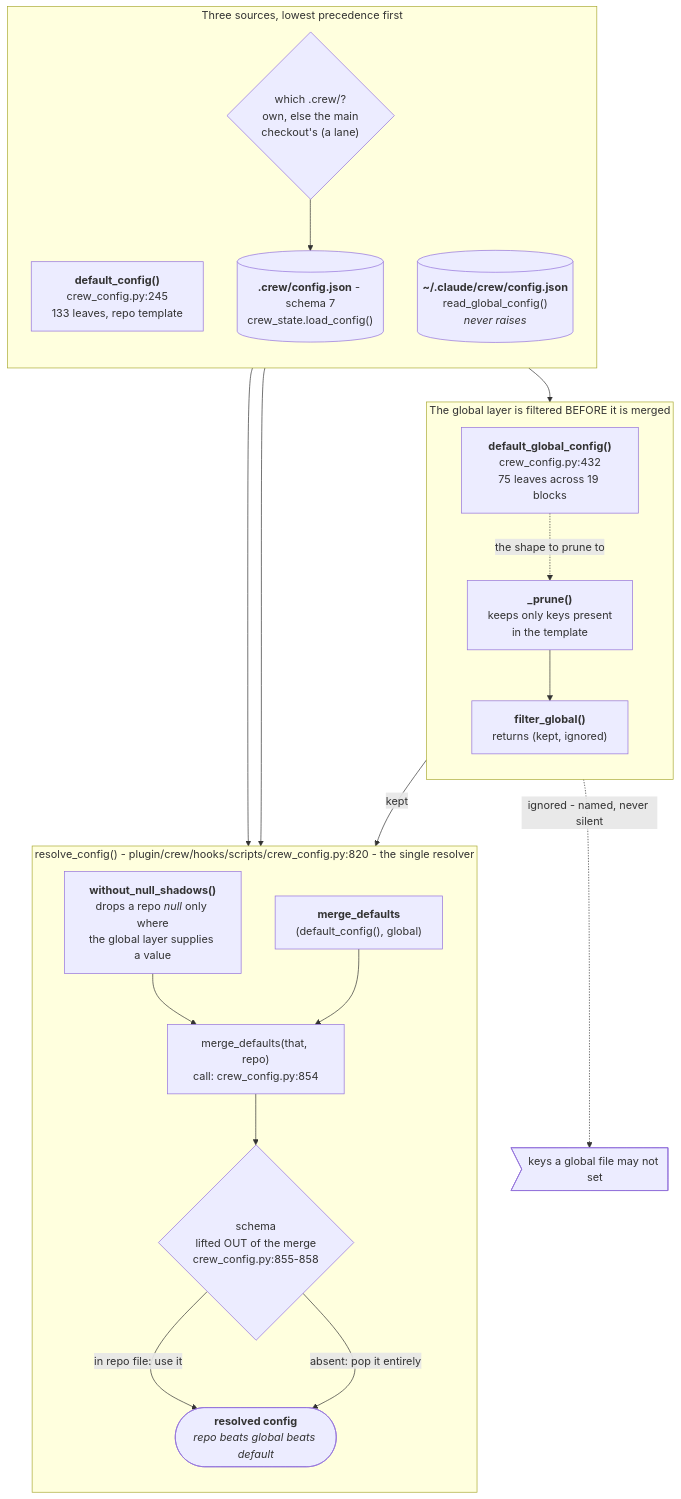
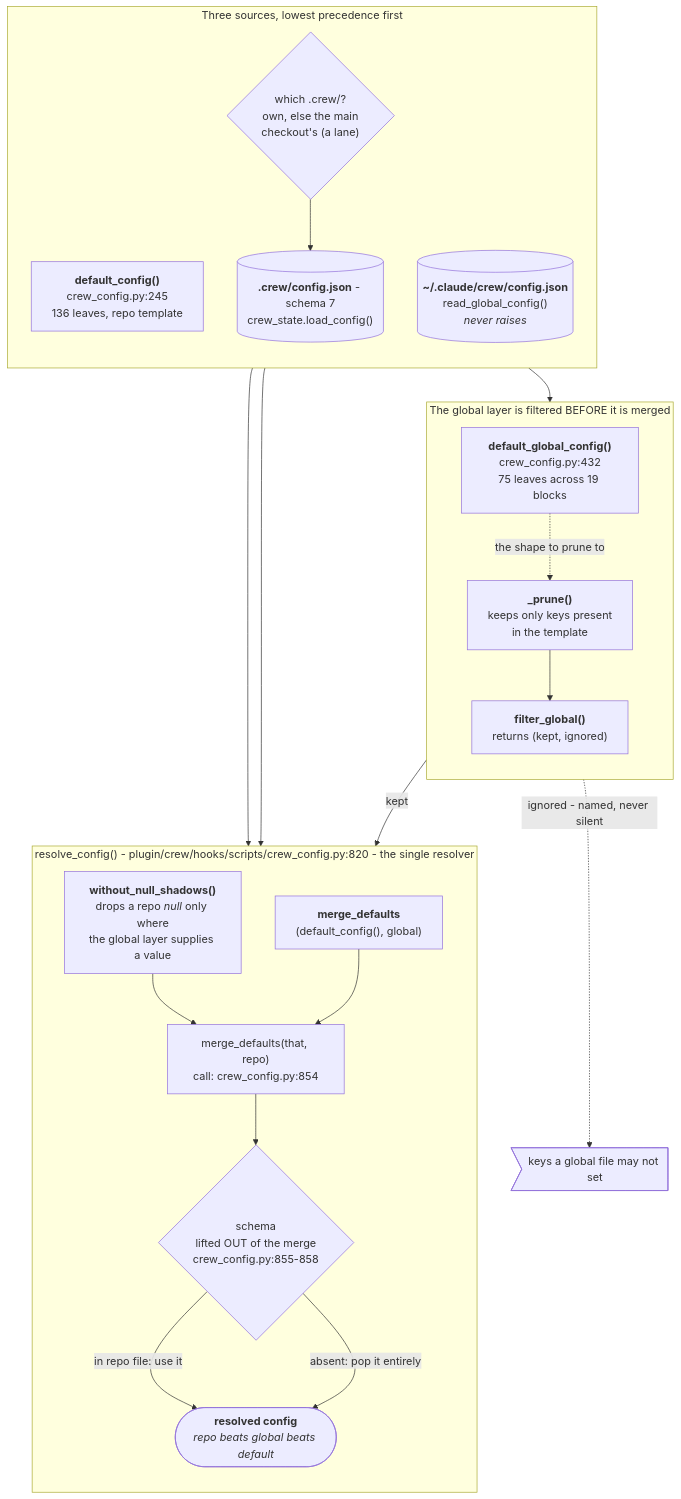
One commit to mbadali25/useful-claude-add-ons changed the diagram in docs/diagrams/data-flow-crew-config-read.mmd. Above: the diagram before and after it, drawn with Mermaid. The commit also changed 4 other files, not shown here.

First line of the commit message:
T-0053: the config-read diagram and the code map say 136 leaves

```diff
--- a/docs/diagrams/data-flow-crew-config-read.mmd
+++ b/docs/diagrams/data-flow-crew-config-read.mmd
@@ -1,81 +1,81 @@
 %% Generated from useful-claude-add-ons@452b30cc on 2026-10-02. Verify before trusting.
 %% Anchors: plugin/crew/hooks/scripts/crew_config.py, plugin/crew/hooks/scripts/crew_state.py, plugin/crew/hooks/scripts/crew_guards.py
 %% Purpose: The read side: the three config sources (built-in defaults, the machine file, the repo file), how the machine layer is pruned to its template before merging, and how resolve_config() merges them.
 %% Split from data-flow-crew-config.mmd (the overview); edges to other parts are drawn there.
 %% Re-drawn for T-0066 (crew 1.0.328, merging origin/main edb2b8ff, then 155fe6d8 and e9364a70, which left crew_config.py and crew_state.py unchanged): crew_config.py gains a `git` block (forbiddenTrailers,
 %%    default []) in both default functions. Counts re-executed: 133 / 75 / 58 (T-0013's two resume keys on main
 %%    made it 132 / 74 / 58), 19 global blocks. DEF and TMPL updated. Every crew_config.py and crew_state.py line
 %%    cite re-pointed with grep -n on the merged tree (main's RESUME_DEFAULTS comment moved crew_state below :728
 %%    by 5; crew_guards and crew_upgrade cites unchanged).
 %% Re-drawn for T-0096 on 2026-10-04: the repo file's directory (REPO, RES), read at T-0096-build.
-%% Note DEF: default_config() plugin/crew/hooks/scripts/crew_config.py:245 <b>133 leaves</b> (executed, this
+%% Note DEF: default_config() plugin/crew/hooks/scripts/crew_config.py:245 <b>136 leaves</b> (executed, this
 %%    pass) composed from crew_state's PM_DEFAULTS :1145, QA_DEFAULTS :1197, DEV_DEFAULTS :1207,
 %%    WORKTREE_DEFAULTS :1235, CONTEXT_DEFAULTS :770, RESUME_DEFAULTS :733, AUTOPILOT_DEFAULTS :1134 -
 %%    repo-only (re-exported from crew_guards: INSTALL_DEFAULTS :48, GUARD_DEFAULTS :198, PRODUCTION_DEFAULTS
 %%    :222, CLOUD_DEFAULTS :239 - repo-only, ENVIRONMENTS_DEFAULTS :251 - nonProd repo-only), and
 %%    crew_upgrade's GRAPH_BLOCK :48 / DOCS_BLOCK :107 / BITBUCKET_BLOCK :150 / GITHUB_BLOCK :173 /
 %%    CHANGE_BLOCK :203
 %% Note GLB: ~/.claude/crew/config.json read_global_config() plugin/crew/hooks/scripts/crew_config.py:767
 %%    <i>never raises</i> - absent, malformed or non-object all return {}, because this is reached from a
 %%    SessionStart hook
 %% Note REPO: .crew/config.json - schema 7 crew_state.load_config()
 %%    plugin/crew/hooks/scripts/crew_state.py:267 NOT the same file crew_context.py reads first - see the
 %%    TwoFiles section below
 %% Note RES: which .crew/ the repo file is read from. Python: crew_common.repo_config_dir
 %%    plugin/crew/hooks/scripts/crew_common.py:96 (T-0088). bash: crew_repo_config_dir
 %%    plugin/crew/hooks/scripts/_common.sh:328; PowerShell: Get-CrewRepoConfigDir, one body copied into
 %%    cloud-guard.ps1:192, promote-gate.ps1:142, auto-clear.ps1:126 (T-0096). Own config.json or crew.json
 %%    wins whole; else a linked worktree reads the main checkout's; unknown (git cannot tell) inherits
 %%    nothing. Still own-file only: the session hooks, the verify gate, the scope and completion wrappers.
 %% Note TMPL: default_global_config() plugin/crew/hooks/scripts/crew_config.py:432 <b>75 leaves</b> (executed,
 %%    this pass) across <b>19 blocks</b>: qa, dev, worktree, secondOpinion, memory (2 of 5 repo leaves),
 %%    notify, pm, context.autoClear (8 of 9 - unsafeFocus is excluded, see AutoClear below), resume, docs,
 %%    bitbucket, github, install, guards (all TEN names), environments (prodUnattended only), change, git, route,
 %%    shellRoute - the single definition both rules below are enforced against
 %% Note PRUNE: _prune() plugin/crew/hooks/scripts/crew_config.py:699 keeps only keys present in the template.
 %%    Descends structurally, so naming a block grants only the leaves under it.
 %% Note FILT: filter_global() plugin/crew/hooks/scripts/crew_config.py:725 returns (kept, ignored)
 %% Note NULLS: without_null_shadows() plugin/crew/hooks/scripts/crew_config.py:676 drops a repo <i>null</i>
 %%    ONLY where the global layer supplies a real value.
 %% Note M1: merge_defaults(default_config(), global) call: crew_config.py:853 def: plugin/crew/hooks/scripts/crew_state.py:1385
 %% Note OUT: resolved config <i>repo beats global beats default</i> this is ONLY .crew/config.json's
 %%    precedence - autoClear's own read path bypasses it, below
 flowchart TB
 
     subgraph Sources["Three sources, lowest precedence first"]
         direction TB
-        DEF["<b>default_config()</b><br/>crew_config.py:245<br/>133 leaves, repo template"]
+        DEF["<b>default_config()</b><br/>crew_config.py:245<br/>136 leaves, repo template"]
         GLB[("<b>~/.claude/crew/config.json</b><br/>read_global_config()<br/><i>never raises</i>")]
         RES{"which .crew/?<br/>own, else the main<br/>checkout's (a lane)"}
         REPO[("<b>.crew/config.json</b> - schema 7<br/>crew_state.load_config()")]
     end
 
     subgraph Gate["The global layer is filtered BEFORE it is merged"]
         direction TB
         TMPL["<b>default_global_config()</b><br/>crew_config.py:432<br/>75 leaves across 19 blocks"]
         PRUNE["<b>_prune()</b><br/>keeps only keys present<br/>in the template"]
         FILT["<b>filter_global()</b><br/>returns (kept, ignored)"]
     end
 
     subgraph Merge["resolve_config() - plugin/crew/hooks/scripts/crew_config.py:820 - the single resolver"]
         direction TB
         NULLS["<b>without_null_shadows()</b><br/>drops a repo <i>null</i> only where<br/>the global layer supplies a value"]
         M1["<b>merge_defaults</b><br/>(default_config(), global)"]
         M2["merge_defaults(that, repo)<br/>call: crew_config.py:854"]
         SCHEMA{"schema<br/>lifted OUT of the merge<br/>crew_config.py:855-858"}
         OUT(["<b>resolved config</b><br/><i>repo beats global beats default</i>"])
     end
 
     DEF --> M1
     GLB --> FILT
     TMPL -.->|"the shape to prune to"| PRUNE
     PRUNE --> FILT
     FILT -->|kept| M1
     FILT -.->|"ignored - named, never silent"| IGN>"keys a global file may not set"]
     RES --> REPO
     REPO --> NULLS
     NULLS --> M2
     M1 --> M2
     M2 --> SCHEMA
     SCHEMA -->|"in repo file: use it"| OUT
     SCHEMA -->|"absent: pop it entirely"| OUT
```
